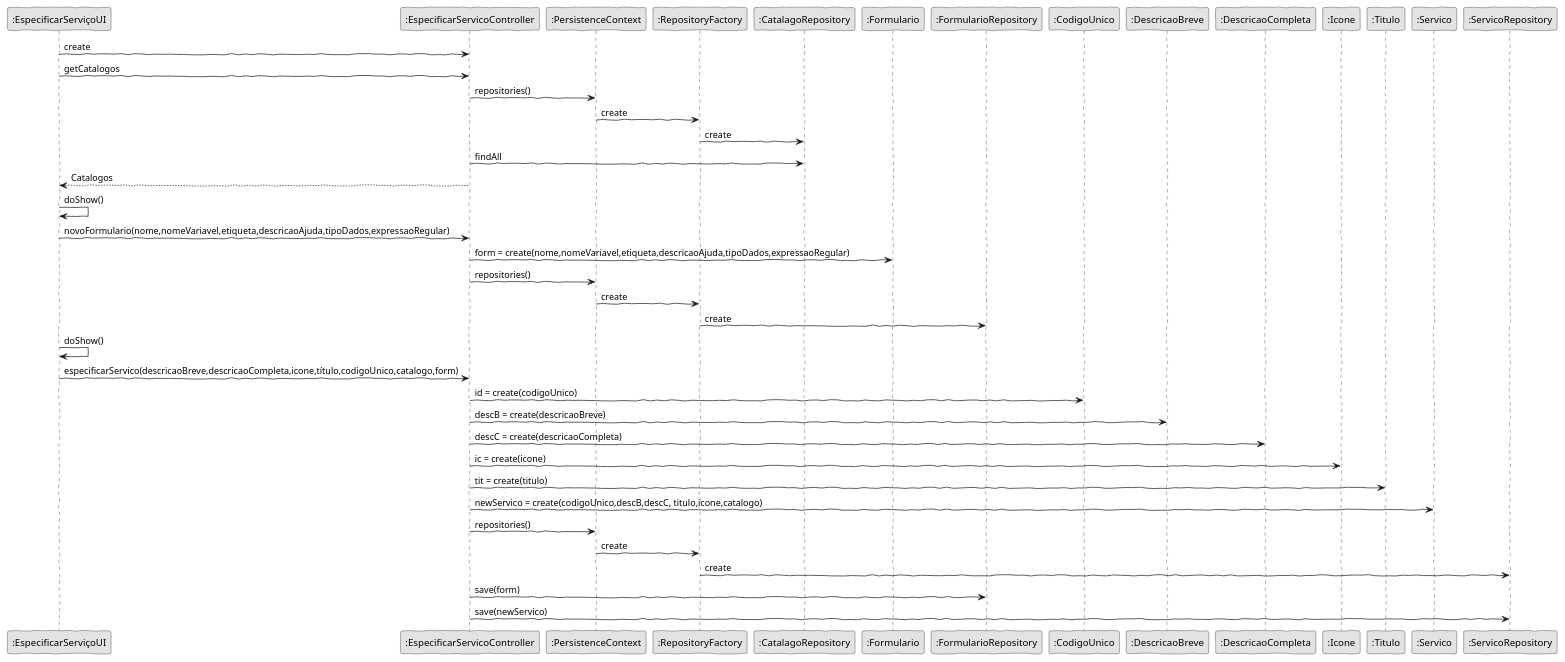
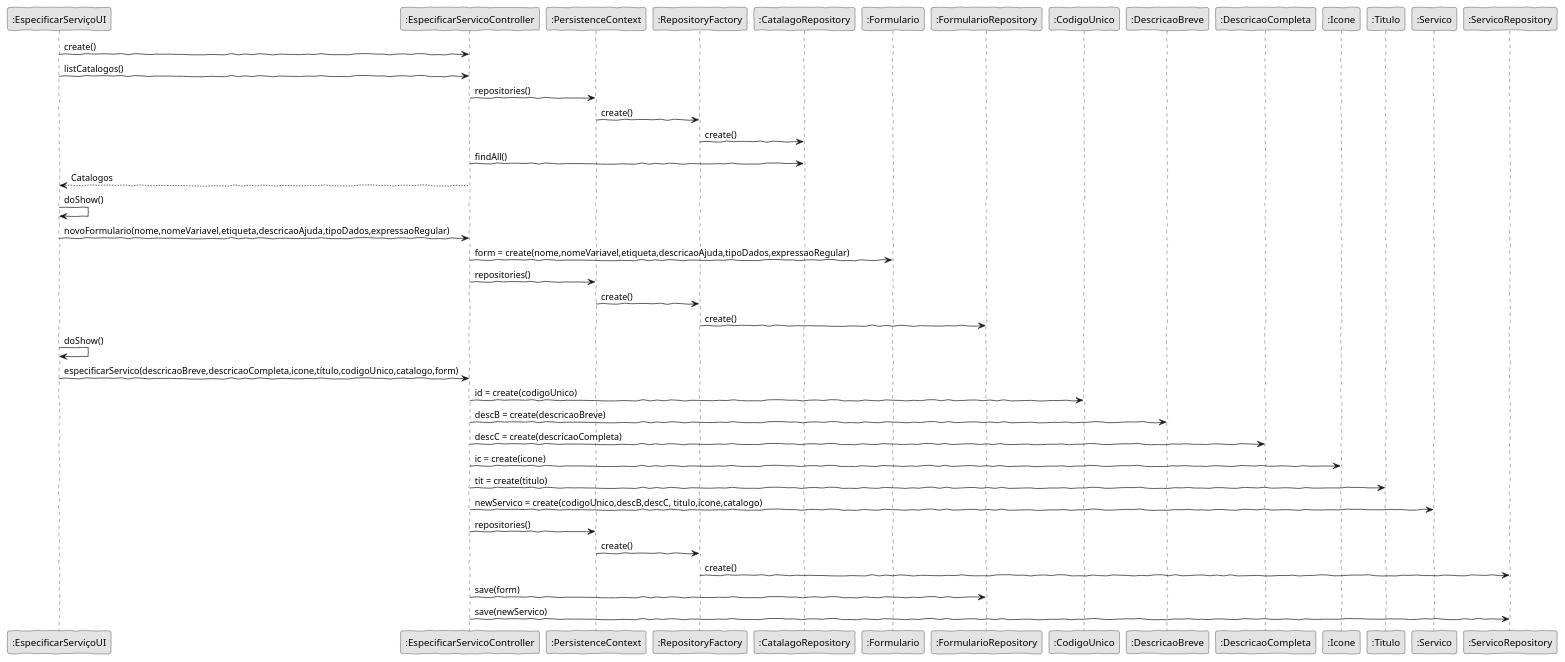
Before and after one commit to pedrolemos4/LAPR4: the diagram in docs/US2002/EspecificarServicoSD.puml, drawn with PlantUML. The commit also changed 4 other files, not shown here.

```diff
--- a/docs/US2002/EspecificarServicoSD.puml
+++ b/docs/US2002/EspecificarServicoSD.puml
@@ -1,56 +1,56 @@
 @startuml
 'http://plantuml.com/skinparam.html
 skinparam handwritten true
 skinparam monochrome true
 skinparam packageStyle rect
 skinparam defaultFontName FG Virgil
 skinparam shadowing false
 
 		participant ":EspecificarServiçoUI" as ui
 		participant ":EspecificarServicoController" as ctrl
 		participant ":PersistenceContext" as pc
 		participant ":RepositoryFactory" as rf
 		participant ":CatalagoRepository" as repoCA
     participant ":Formulario" as form
     participant ":FormularioRepository" as repoFORM
     participant ":CodigoUnico" as id
     participant ":DescricaoBreve" as descB
     participant ":DescricaoCompleta" as descC
 		participant ":Icone" as ic
     participant ":Titulo" as tit
 		participant ":Servico" as servico
 		participant ":ServicoRepository" as repo
 
     
-		ui->ctrl:create
-		ui->ctrl:getCatalogos
+		ui->ctrl:create()
+		ui->ctrl:listCatalogos()
 		ctrl->pc:repositories()
-		pc->rf:create
-		rf->repoCA:create
-		ctrl->repoCA:findAll
+		pc->rf:create()
+		rf->repoCA:create()
+		ctrl->repoCA:findAll()
 		ctrl-->ui:Catalogos
 
 		ui->ui:doShow()
     ui->ctrl:novoFormulario(nome,nomeVariavel,etiqueta,descricaoAjuda,tipoDados,expressaoRegular)
     ctrl->form:form = create(nome,nomeVariavel,etiqueta,descricaoAjuda,tipoDados,expressaoRegular)
     ctrl->pc:repositories()
-		pc->rf:create
-		rf->repoFORM:create
+		pc->rf:create()
+		rf->repoFORM:create()
     ui->ui:doShow()
 		
 		ui->ctrl:especificarServico(descricaoBreve,descricaoCompleta,icone,título,codigoUnico,catalogo,form)
     
     ctrl->id:id = create(codigoUnico)
     ctrl->descB:descB = create(descricaoBreve)
     ctrl->descC:descC = create(descricaoCompleta)
 		ctrl->ic:ic = create(icone)
     ctrl->tit:tit = create(titulo)
 		ctrl->servico:newServico = create(codigoUnico,descB,descC, titulo,icone,catalogo)
 
 		ctrl->pc:repositories()
-		pc->rf:create
-		rf->repo:create
+		pc->rf:create()
+		rf->repo:create()
     ctrl->repoFORM:save(form)
 		ctrl->repo:save(newServico)
 		
 @enduml
```
